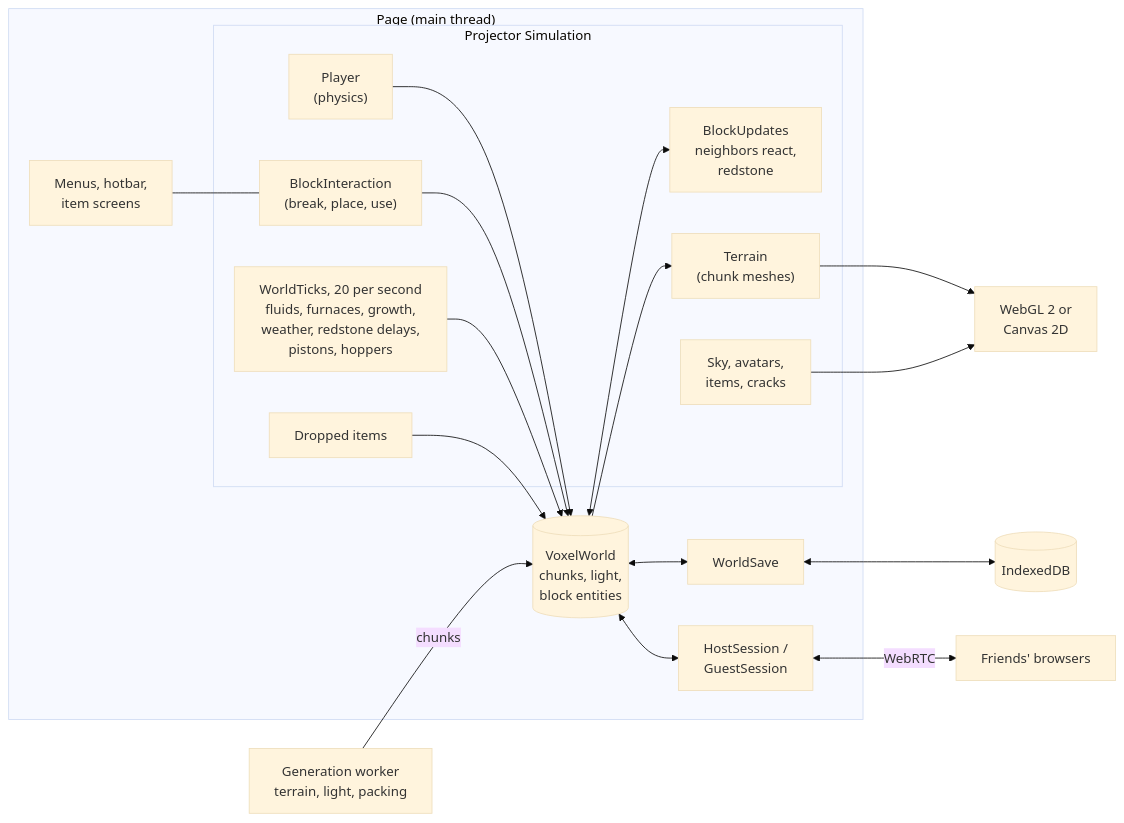
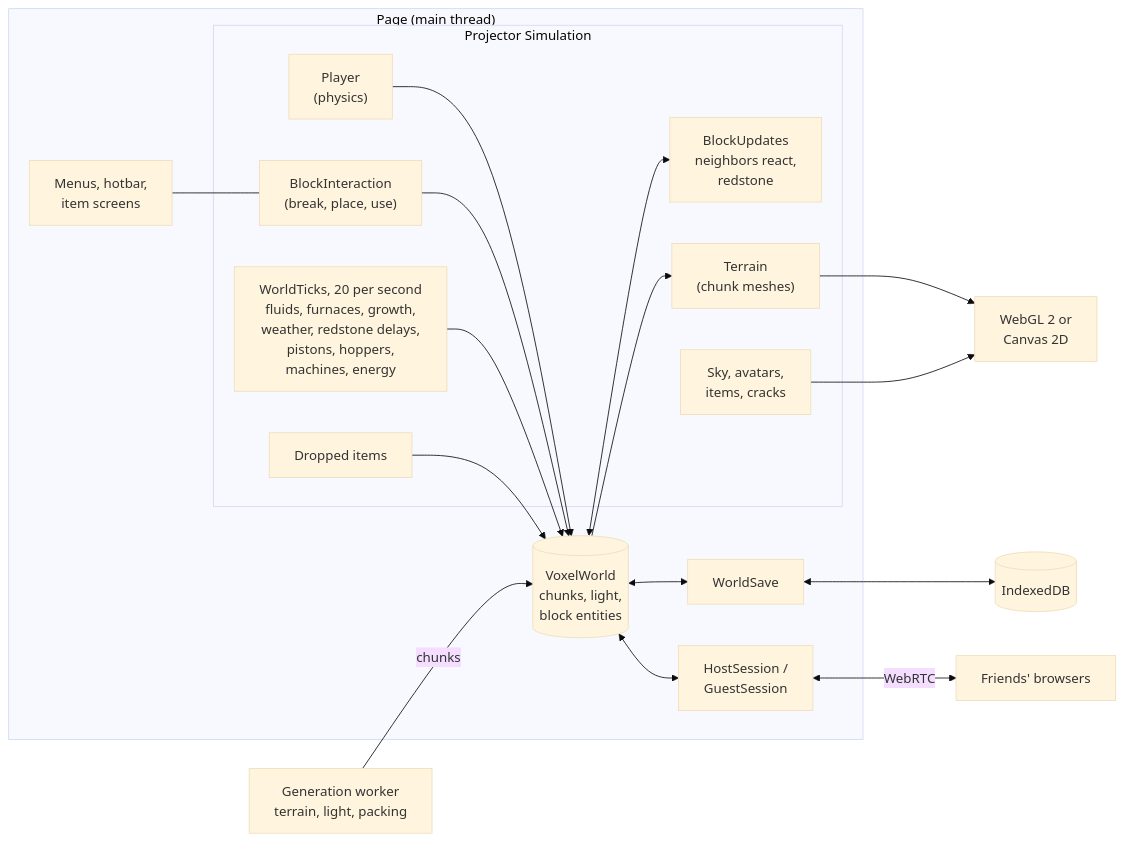
One commit to ChrisDrae/Craft changed the first of 4 diagrams in README.md. Above: the diagram before and after it, drawn with Mermaid (base theme). The commit also changed other lines of this file and 32 other files, not shown here.

First line of the commit message:
Industry I: energy, cables, the generator and the first machines

````diff
--- a/README.md
+++ b/README.md
@@ -179,35 +196,35 @@
 ```mermaid
 flowchart LR
   subgraph Page["Page (main thread)"]
     UI["Menus, hotbar,<br/>item screens"]
     subgraph Sim["Projector Simulation"]
       Player["Player<br/>(physics)"]
       Hands["BlockInteraction<br/>(break, place, use)"]
-      Ticks["WorldTicks, 20 per second<br/>fluids, furnaces, growth,<br/>weather, redstone delays,<br/>pistons, hoppers"]
+      Ticks["WorldTicks, 20 per second<br/>fluids, furnaces, growth,<br/>weather, redstone delays,<br/>pistons, hoppers,<br/>machines, energy"]
       Updates["BlockUpdates<br/>neighbors react,<br/>redstone"]
       Drops["Dropped items"]
       Terrain["Terrain<br/>(chunk meshes)"]
       Sky["Sky, avatars,<br/>items, cracks"]
     end
     World[("VoxelWorld<br/>chunks, light,<br/>block entities")]
     Save["WorldSave"]
     Net["HostSession /<br/>GuestSession"]
   end
   Worker["Generation worker<br/>terrain, light, packing"]
   IDB[("IndexedDB")]
   GPU["WebGL 2 or<br/>Canvas 2D"]
   Friends["Friends' browsers"]
 
   UI --- Hands
   Player --> World
   Hands --> World
   Ticks --> World
   World <--> Updates
   Drops --> World
   World --> Terrain --> GPU
   Sky --> GPU
   Worker -->|chunks| World
   World <--> Save <--> IDB
   World <--> Net
   Net <-->|WebRTC| Friends
 ```
````
